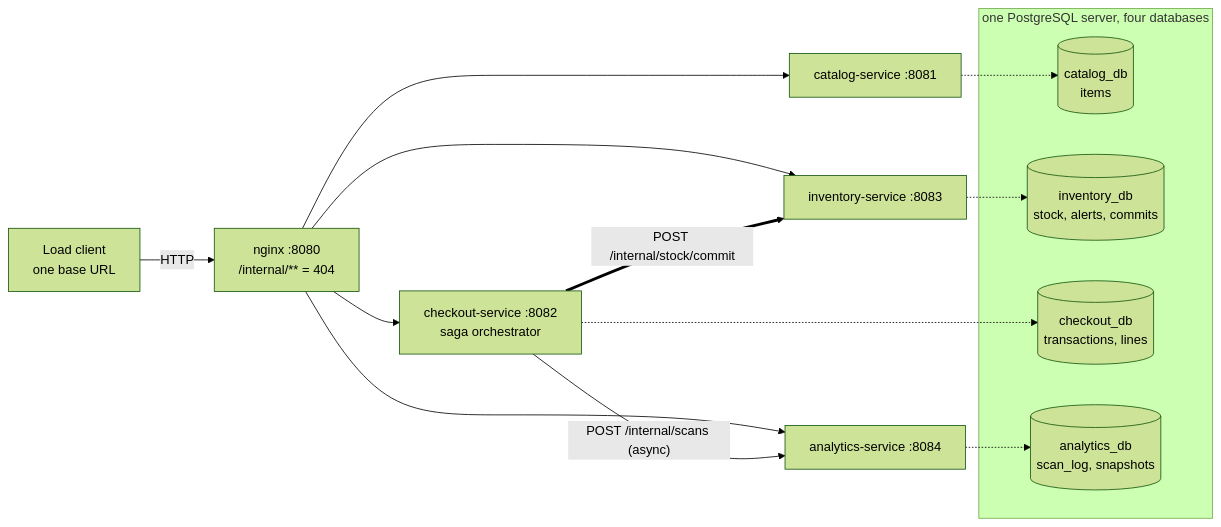
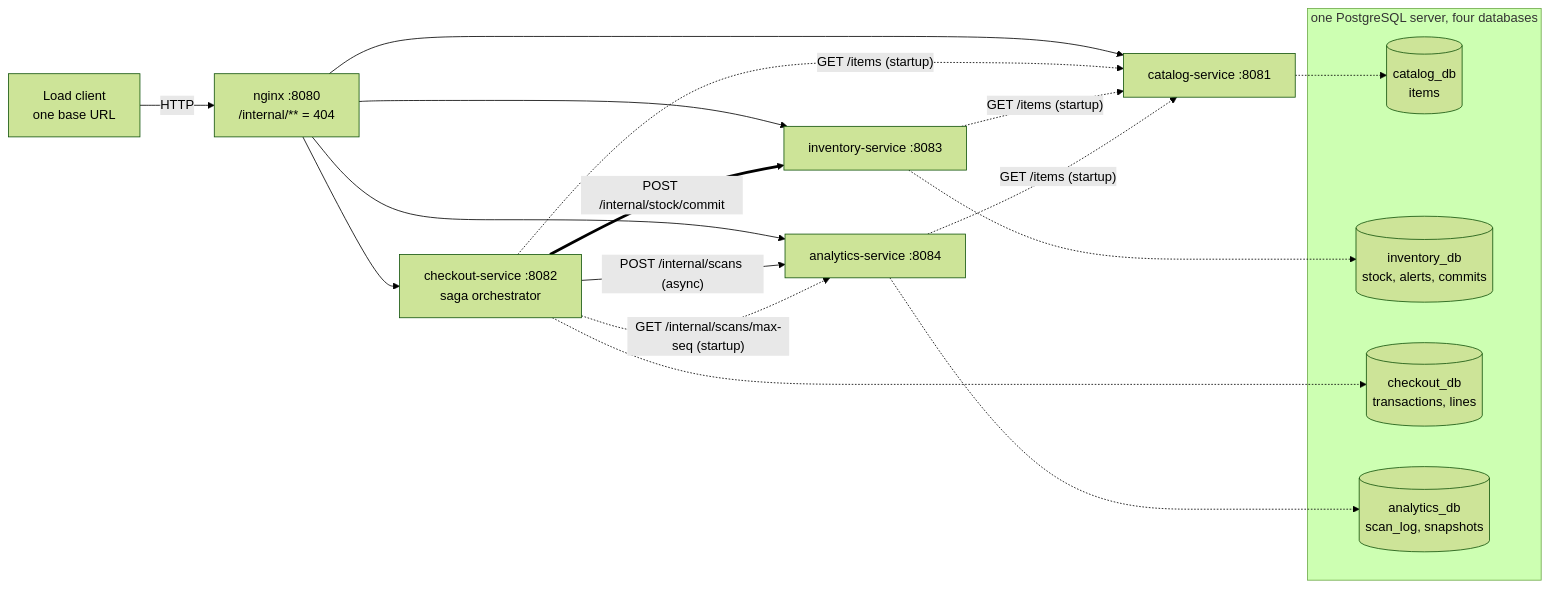
Before and after one commit to Vatsalya2003/self_checkout_system: the first of 3 diagrams in README.md, drawn with Mermaid (forest theme). The commit also changed other lines of this file and 9 other files, not shown here.

Commit message:
Match the Week 5 diagrams to the code and label earlier diagrams by week

````diff
--- a/README.md
+++ b/README.md
@@ -30,20 +30,24 @@
 ```mermaid
 flowchart LR
     LC["Load client<br/>one base URL"] -->|HTTP| GW["nginx :8080<br/>/internal/** = 404"]
     GW --> CA["catalog-service :8081"]
     GW --> IN["inventory-service :8083"]
     GW --> CO["checkout-service :8082<br/>saga orchestrator"]
     GW --> AN["analytics-service :8084"]
     CO ==>|"POST /internal/stock/commit"| IN
     CO -->|"POST /internal/scans (async)"| AN
+    CO -.->|"GET /internal/scans/max-seq (startup)"| AN
+    CO -.->|"GET /items (startup)"| CA
+    IN -.->|"GET /items (startup)"| CA
+    AN -.->|"GET /items (startup)"| CA
     subgraph PG["one PostgreSQL server, four databases"]
         CAD[("catalog_db<br/>items")]
         IND[("inventory_db<br/>stock, alerts, commits")]
         COD[("checkout_db<br/>transactions, lines")]
         AND[("analytics_db<br/>scan_log, snapshots")]
     end
     CA -.-> CAD
     IN -.-> IND
     CO -.-> COD
     AN -.-> AND
 ```
````
